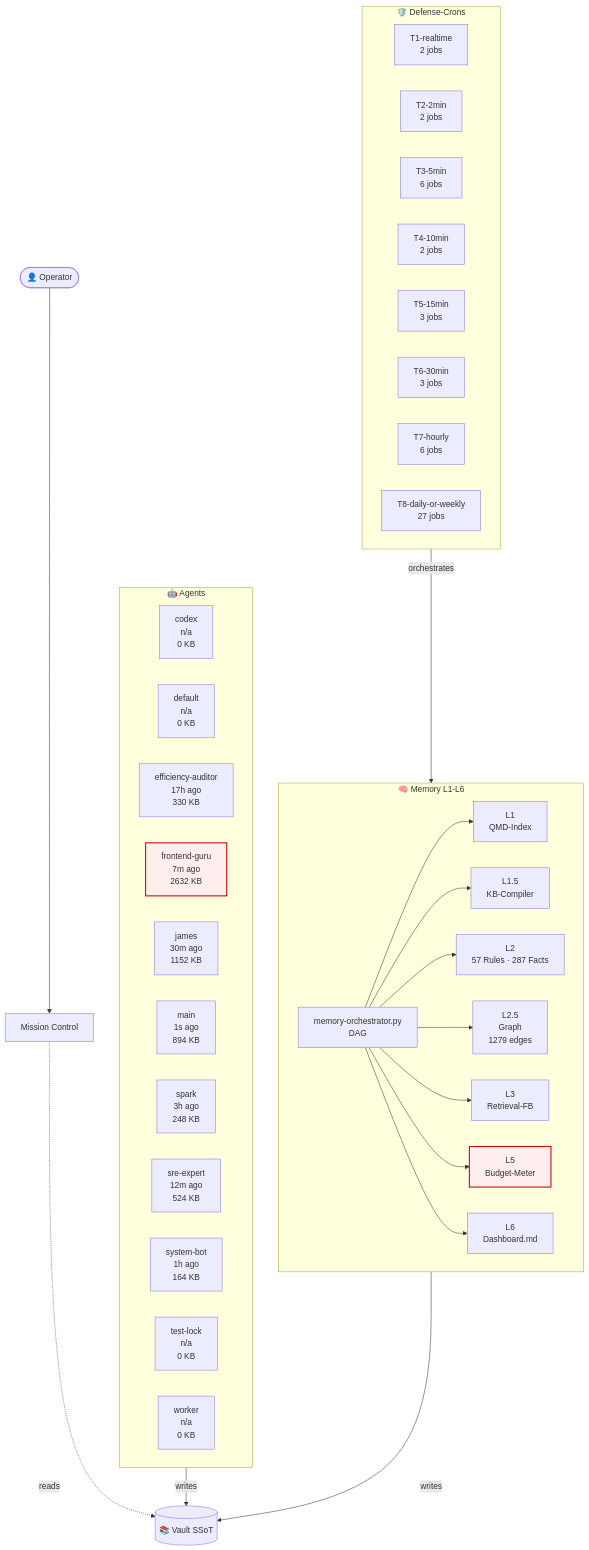
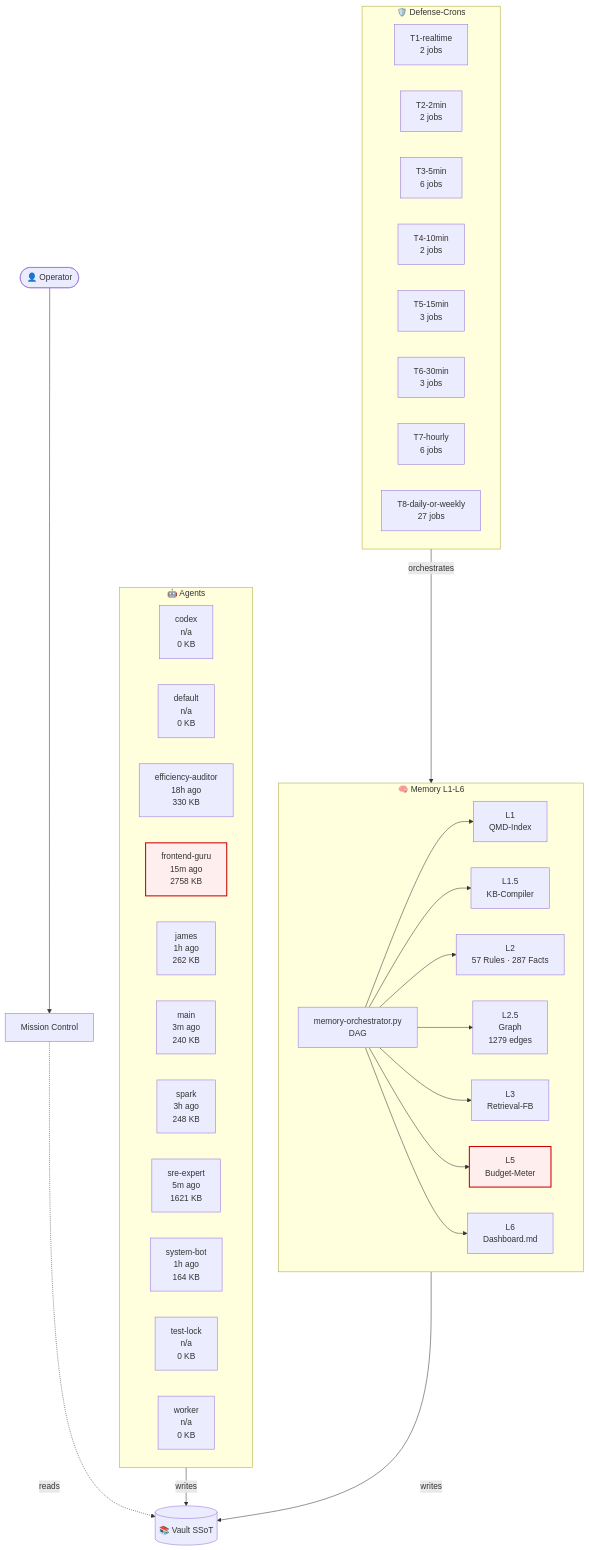
The diagram in 03-Agents/architecture-live.md (lenardhuebner88-rgb/openclaw-memory), drawn with Mermaid before and after one commit. The commit also changed other lines of this file and 6 other files, not shown here.

````diff
--- a/03-Agents/architecture-live.md
+++ b/03-Agents/architecture-live.md
@@ -18,54 +18,54 @@
 ```mermaid
 flowchart TB
     classDef critical fill:#fee,stroke:#c00,stroke-width:2px;
     subgraph AGT["🤖 Agents"]
         agent_codex["codex<br/>n/a<br/>0 KB"]
         agent_default["default<br/>n/a<br/>0 KB"]
-        agent_efficiency_auditor["efficiency-auditor<br/>17h ago<br/>330 KB"]
-        agent_frontend_guru["frontend-guru<br/>7m ago<br/>2632 KB"]
-        agent_james["james<br/>30m ago<br/>1152 KB"]
-        agent_main["main<br/>1s ago<br/>894 KB"]
+        agent_efficiency_auditor["efficiency-auditor<br/>18h ago<br/>330 KB"]
+        agent_frontend_guru["frontend-guru<br/>15m ago<br/>2758 KB"]
+        agent_james["james<br/>1h ago<br/>262 KB"]
+        agent_main["main<br/>3m ago<br/>240 KB"]
         agent_spark["spark<br/>3h ago<br/>248 KB"]
-        agent_sre_expert["sre-expert<br/>12m ago<br/>524 KB"]
+        agent_sre_expert["sre-expert<br/>5m ago<br/>1621 KB"]
         agent_system_bot["system-bot<br/>1h ago<br/>164 KB"]
         agent_test_lock["test-lock<br/>n/a<br/>0 KB"]
         agent_worker["worker<br/>n/a<br/>0 KB"]
     end
     subgraph MEM["🧠 Memory L1-L6"]
         L1["L1<br/>QMD-Index"]
         L15["L1.5<br/>KB-Compiler"]
         L2["L2<br/>57 Rules · 287 Facts"]
         L25["L2.5<br/>Graph<br/>1279 edges"]
         L3["L3<br/>Retrieval-FB"]
         L5["L5<br/>Budget-Meter"]
         L6["L6<br/>Dashboard.md"]
         ORCH["memory-orchestrator.py<br/>DAG"]
     end
     subgraph CRN["🛡️ Defense-Crons"]
         tier_T1_realtime["T1-realtime<br/>2 jobs"]
         tier_T2_2min["T2-2min<br/>2 jobs"]
         tier_T3_5min["T3-5min<br/>6 jobs"]
         tier_T4_10min["T4-10min<br/>2 jobs"]
         tier_T5_15min["T5-15min<br/>3 jobs"]
         tier_T6_30min["T6-30min<br/>3 jobs"]
         tier_T7_hourly["T7-hourly<br/>6 jobs"]
         tier_T8_daily_or_weekly["T8-daily-or-weekly<br/>27 jobs"]
     end
     VAULT[("📚 Vault SSoT")]
     OP([👤 Operator])
     MC["Mission Control"]
     OP --> MC
     MC -.reads.-> VAULT
     AGT -->|writes| VAULT
     MEM -->|writes| VAULT
     ORCH --> L1
     ORCH --> L15
     ORCH --> L2
     ORCH --> L25
     ORCH --> L3
     ORCH --> L5
     ORCH --> L6
     CRN -->|orchestrates| MEM
     class L5 critical
     class agent_frontend_guru critical
 ```
````
